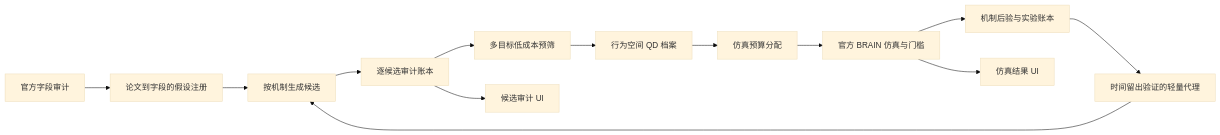
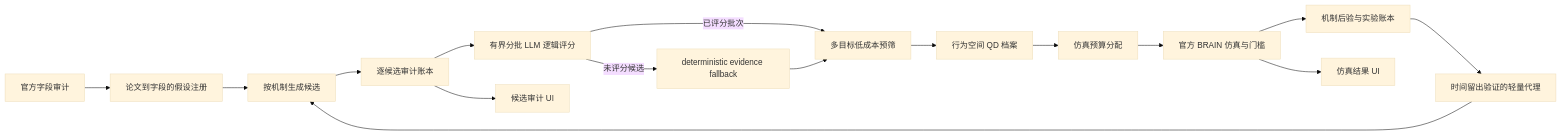
One commit to zzzhhn/alpha-agent changed the diagram in docs/research/2026-08-13-brain-options-evidence-driven-search-redesign.md. Above: the diagram before and after it, drawn with Mermaid (base theme). The commit also changed other lines of this file and 6 other files, not shown here.

````diff
--- a/docs/research/2026-08-13-brain-options-evidence-driven-search-redesign.md
+++ b/docs/research/2026-08-13-brain-options-evidence-driven-search-redesign.md
@@ -117,15 +117,18 @@
 ```mermaid
 flowchart LR
     A[官方字段审计] --> B[论文到字段的假设注册]
     B --> C[按机制生成候选]
     C --> L[逐候选审计账本]
-    L --> D[多目标低成本预筛]
+    L --> P[有界分批 LLM 逻辑评分]
+    P -->|已评分批次| D[多目标低成本预筛]
+    P -->|未评分候选| Q[deterministic evidence fallback]
+    Q --> D
     D --> E[行为空间 QD 档案]
     E --> F[仿真预算分配]
     F --> G[官方 BRAIN 仿真与门槛]
     G --> H[机制后验与实验账本]
     H --> I[时间留出验证的轻量代理]
     I --> C
     L --> U[候选审计 UI]
     G --> R[仿真结果 UI]
 ```
````
